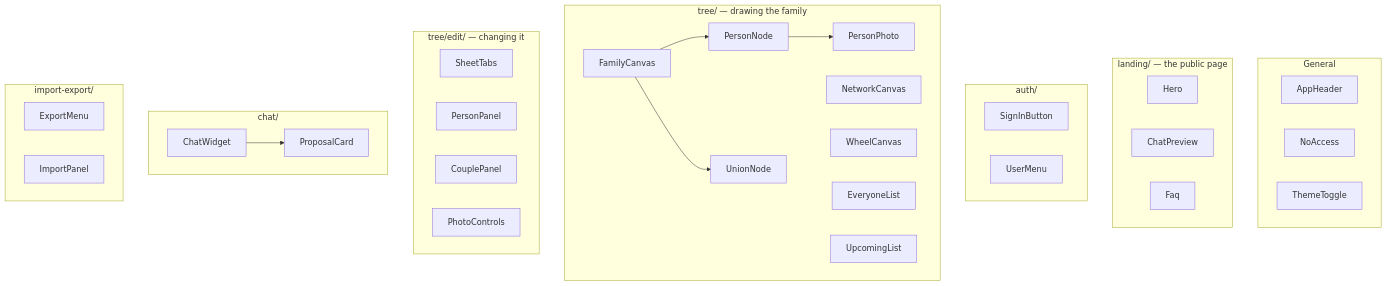
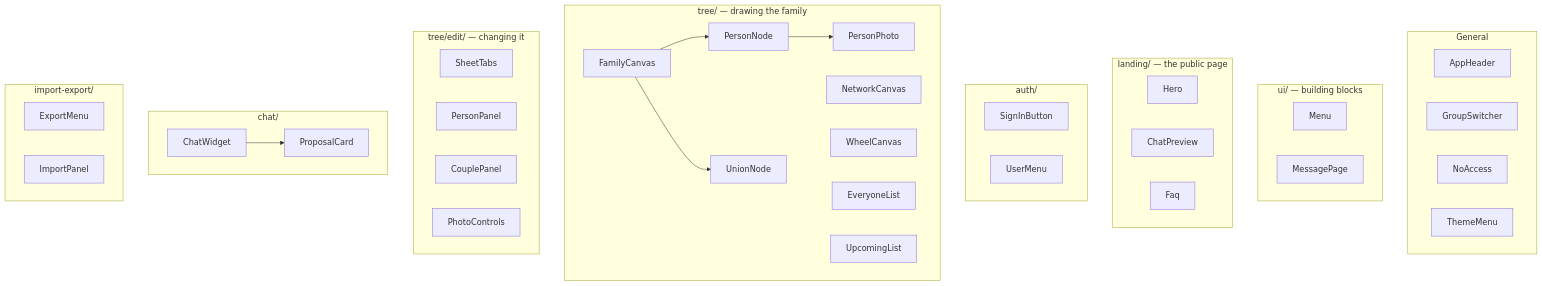
One commit to harikiranvusirikala/Family-Tree-with-AI changed the tenth of 21 diagrams in docs/PROJECT_GUIDE.md. Above: the diagram before and after it, drawn with Mermaid. The commit also changed other lines of this file and 34 other files, not shown here.

````diff
--- a/docs/PROJECT_GUIDE.md
+++ b/docs/PROJECT_GUIDE.md
@@ -344,27 +345,30 @@
 ```mermaid
 flowchart TB
     subgraph general["General"]
-        AppHeader; NoAccess; ThemeToggle
+        AppHeader; GroupSwitcher; NoAccess; ThemeMenu
+    end
+    subgraph ui["ui/ — building blocks"]
+        Menu; MessagePage
     end
     subgraph landing["landing/ — the public page"]
         Hero; ChatPreview; Faq
     end
     subgraph auth["auth/"]
         SignInButton; UserMenu
     end
     subgraph tree["tree/ — drawing the family"]
         FamilyCanvas --> PersonNode
         FamilyCanvas --> UnionNode
         PersonNode --> PersonPhoto
         NetworkCanvas; WheelCanvas; EveryoneList; UpcomingList
     end
     subgraph edit["tree/edit/ — changing it"]
         SheetTabs; PersonPanel; CouplePanel; PhotoControls
     end
     subgraph chat["chat/"]
         ChatWidget --> ProposalCard
     end
     subgraph io["import-export/"]
         ExportMenu; ImportPanel
     end
 ```
````
